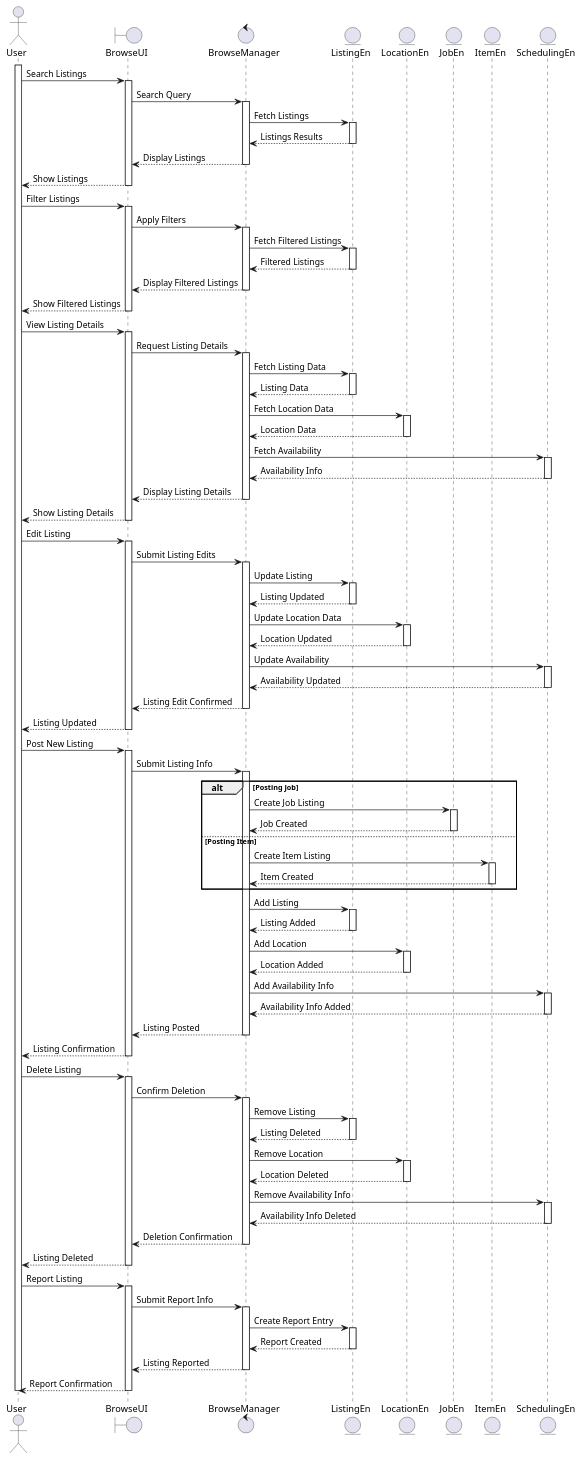
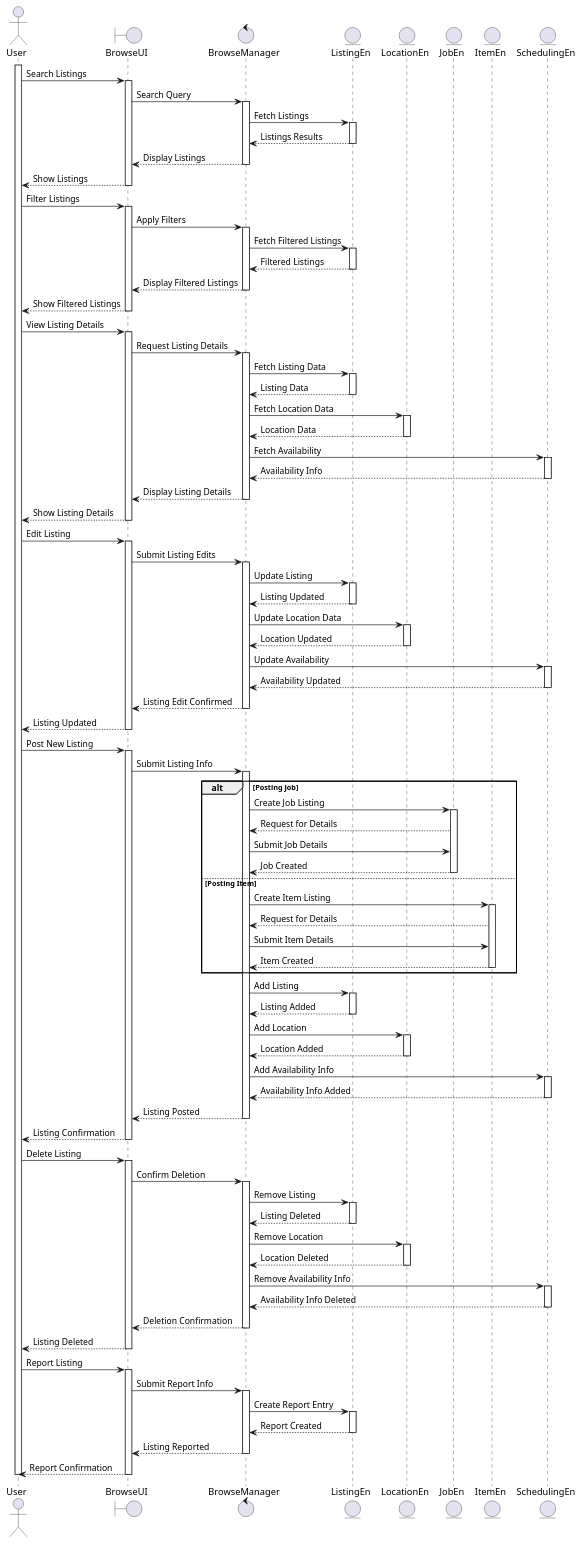
Before and after one commit to KuaLiMin/ShopBlock: the diagram in lab2/plantuml/browse.plantuml, drawn with PlantUML.

```diff
--- a/lab2/plantuml/browse.plantuml
+++ b/lab2/plantuml/browse.plantuml
@@ -1,159 +1,164 @@
 @startuml
 actor User as U
 boundary BrowseUI as BUI
 control BrowseManager as BM
 entity ListingEn as L
 entity LocationEn as Loc
 entity JobEn as Job
 entity ItemEn as Item
 entity SchedulingEn as Sched
 
 activate U
 
 'User searching listings
 U -> BUI : Search Listings
 activate BUI
 BUI -> BM : Search Query
 activate BM
 BM -> L : Fetch Listings
 activate L
 L --> BM : Listings Results
 deactivate L
 BM --> BUI : Display Listings
 deactivate BM
 BUI --> U : Show Listings
 deactivate BUI
 
 'User filtering listings
 U -> BUI : Filter Listings
 activate BUI
 BUI -> BM : Apply Filters
 activate BM
 BM -> L : Fetch Filtered Listings
 activate L
 L --> BM : Filtered Listings
 deactivate L
 BM --> BUI : Display Filtered Listings
 deactivate BM
 BUI --> U : Show Filtered Listings
 deactivate BUI
 
 'User viewing a listing
 U -> BUI : View Listing Details
 activate BUI
 BUI -> BM : Request Listing Details
 activate BM
 BM -> L : Fetch Listing Data
 activate L
 L --> BM : Listing Data
 deactivate L
 BM -> Loc : Fetch Location Data
 activate Loc
 Loc --> BM : Location Data
 deactivate Loc
 'Branching to fetch availability from Scheduling
 BM -> Sched : Fetch Availability
 activate Sched
 Sched --> BM : Availability Info
 deactivate Sched
 BM --> BUI : Display Listing Details
 deactivate BM
 BUI --> U : Show Listing Details
 deactivate BUI
 
 'User editing a listing
 U -> BUI : Edit Listing
 activate BUI
 BUI -> BM : Submit Listing Edits
 activate BM
 BM -> L : Update Listing
 activate L
 L --> BM : Listing Updated
 deactivate L
 BM -> Loc : Update Location Data
 activate Loc
 Loc --> BM : Location Updated
 deactivate Loc
 'Branching to fetch availability from Scheduling
 BM -> Sched : Update Availability
 activate Sched
 Sched --> BM : Availability Updated
 deactivate Sched
 BM --> BUI : Listing Edit Confirmed
 deactivate BM
 BUI --> U : Listing Updated
 deactivate BUI
 
 'User posting a new listing (Job/Item)
 U -> BUI : Post New Listing
 activate BUI
 BUI -> BM : Submit Listing Info
 activate BM
 alt Posting Job
     BM -> Job : Create Job Listing
     activate Job
+    Job --> BM : Request for Details
+    BM -> Job : Submit Job Details
     Job --> BM : Job Created
     deactivate Job
 else Posting Item
     BM -> Item : Create Item Listing
     activate Item
+    Item --> BM : Request for Details
+    BM -> Item : Submit Item Details
     Item --> BM : Item Created
     deactivate Item
 end
 BM -> L : Add Listing
 activate L
 L --> BM : Listing Added
 deactivate L
 BM -> Loc : Add Location
 activate Loc
 Loc --> BM : Location Added
 deactivate Loc
 'Branching to fetch availability from Scheduling
 BM -> Sched : Add Availability Info
 activate Sched
 Sched --> BM : Availability Info Added
 deactivate Sched
 BM --> BUI : Listing Posted
 deactivate BM
 BUI --> U : Listing Confirmation
 deactivate BUI
+
 
 'User deleting a listing
 U -> BUI : Delete Listing
 activate BUI
 BUI -> BM : Confirm Deletion
 activate BM
 BM -> L : Remove Listing
 activate L
 L --> BM : Listing Deleted
 deactivate L
 BM -> Loc : Remove Location
 activate Loc
 Loc --> BM : Location Deleted
 deactivate Loc
 'Branching to fetch availability from Scheduling
 BM -> Sched : Remove Availability Info
 activate Sched
 Sched --> BM : Availability Info Deleted
 deactivate Sched
 BM --> BUI : Deletion Confirmation
 deactivate BM
 BUI --> U : Listing Deleted
 deactivate BUI
 
 'User reporting a listing
 U -> BUI : Report Listing
 activate BUI
 BUI -> BM : Submit Report Info
 activate BM
 BM -> L : Create Report Entry
 activate L
 L --> BM : Report Created
 deactivate L
 BM --> BUI : Listing Reported
 deactivate BM
 BUI --> U : Report Confirmation
 deactivate BUI
 
 deactivate U
 @enduml
```
